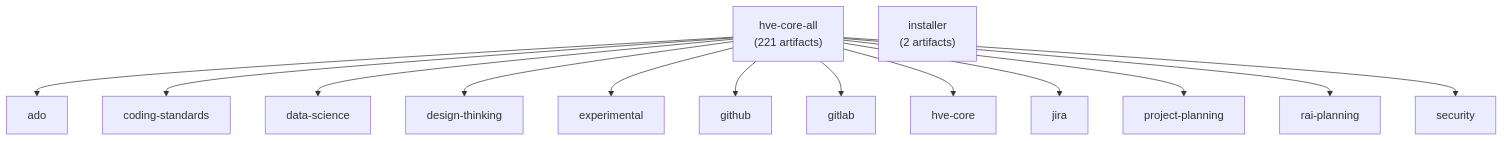
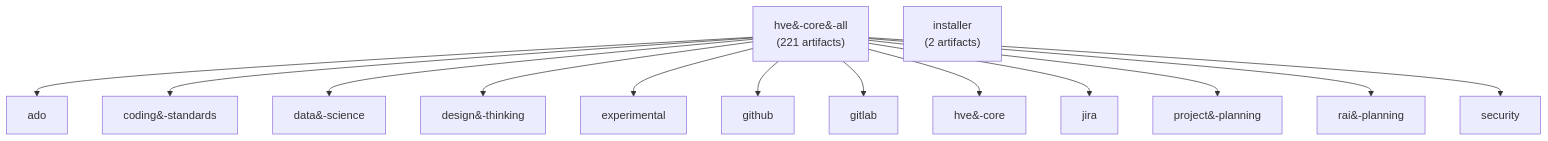
Before and after one commit to microsoft/hve-core: the diagram in docs/getting-started/collections.md, drawn with Mermaid. The commit also changed other lines of this file, not shown here.

Commit message:
fix(docs): escape hyphens in Mermaid diagram node labels on Collections page
- Replace literal hyphens with `&#45;` HTML entities in quoted node labels
- Fixes Mermaid v11+ parse error for labels like `coding-standards`

🔧 - Generated by Copilot

````diff
--- a/docs/getting-started/collections.md
+++ b/docs/getting-started/collections.md
@@ -55,31 +55,31 @@
 ```mermaid
 graph TD
-    HCA["hve-core-all<br/>(221 artifacts)"]
+    HCA["hve&#45;core&#45;all<br/>(221 artifacts)"]
     INS["installer<br/>(2 artifacts)"]
 
     ADO["ado"]
-    CS["coding-standards"]
-    DS["data-science"]
-    DT["design-thinking"]
+    CS["coding&#45;standards"]
+    DS["data&#45;science"]
+    DT["design&#45;thinking"]
     EXP["experimental"]
     GH["github"]
     GL["gitlab"]
-    HC["hve-core"]
+    HC["hve&#45;core"]
     JR["jira"]
-    PP["project-planning"]
-    RP["rai-planning"]
+    PP["project&#45;planning"]
+    RP["rai&#45;planning"]
     SP["security"]
 
     HCA --> ADO
     HCA --> CS
     HCA --> DS
     HCA --> DT
     HCA --> EXP
     HCA --> GH
     HCA --> GL
     HCA --> HC
     HCA --> JR
     HCA --> PP
     HCA --> RP
     HCA --> SP
 ```
````
